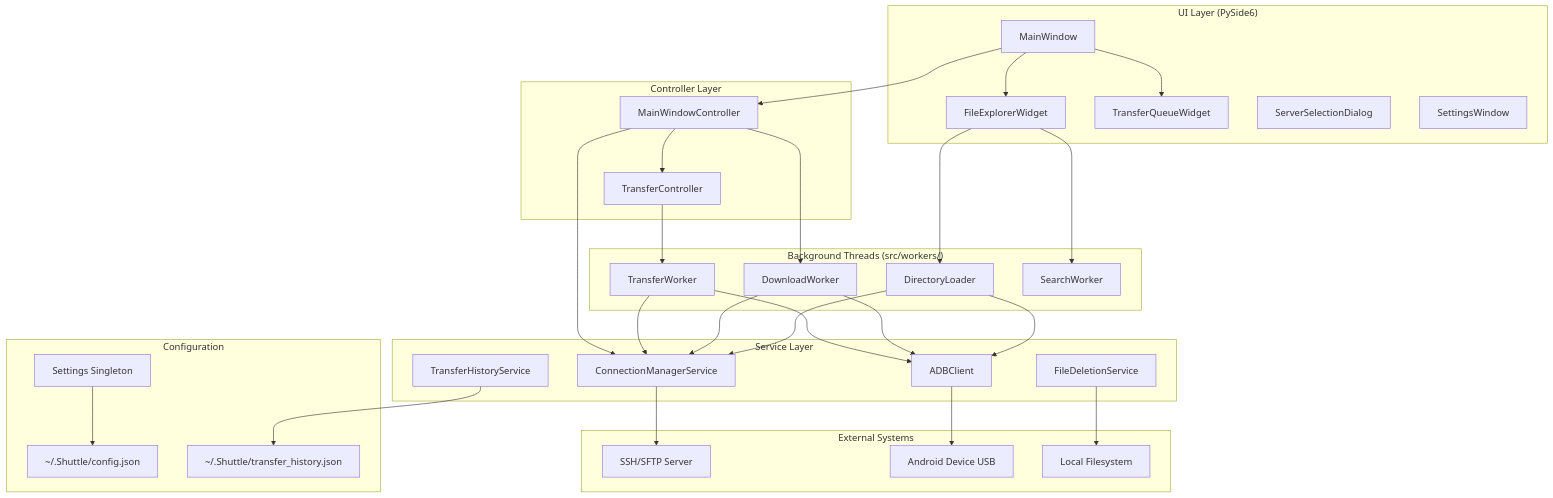
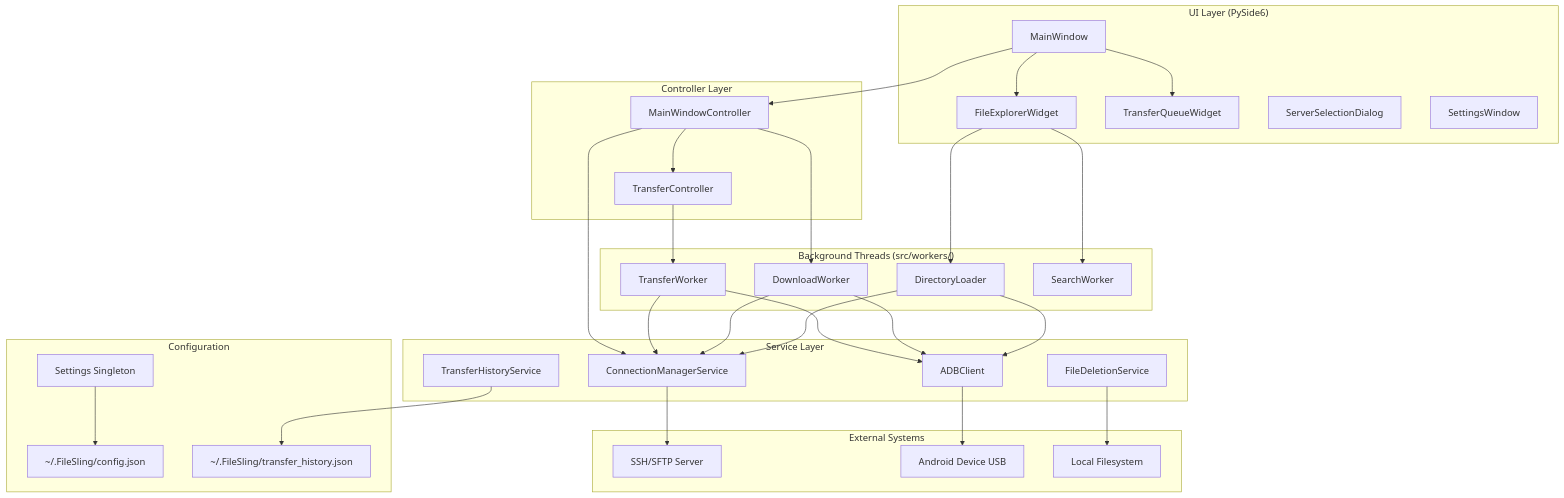
One commit to imlocle/filesling changed the first of 5 diagrams in docs/SYSTEM_DIAGRAM.md. Above: the diagram before and after it, drawn with Mermaid. The commit also changed 22 other files, not shown here.

````diff
--- a/docs/SYSTEM_DIAGRAM.md
+++ b/docs/SYSTEM_DIAGRAM.md
@@ -5,64 +5,64 @@
 ```mermaid
 graph TB
     subgraph UI["UI Layer (PySide6)"]
         MW[MainWindow]
         FE[FileExplorerWidget]
         TQ[TransferQueueWidget]
         SD[ServerSelectionDialog]
         SW[SettingsWindow]
     end
 
     subgraph Controllers["Controller Layer"]
         MWC[MainWindowController]
         MTC[TransferController]
     end
 
     subgraph Workers["Background Threads (src/workers/)"]
         TW[TransferWorker]
         DW[DownloadWorker]
         DL[DirectoryLoader]
         SR[SearchWorker]
     end
 
     subgraph Services["Service Layer"]
         CM[ConnectionManagerService]
         ADB[ADBClient]
         FDS[FileDeletionService]
         THS[TransferHistoryService]
     end
 
     subgraph External["External Systems"]
         SSH[SSH/SFTP Server]
         Android[Android Device USB]
         FS[Local Filesystem]
     end
 
     subgraph Config["Configuration"]
         Settings[Settings Singleton]
-        JSON["~/.Shuttle/config.json"]
-        History["~/.Shuttle/transfer_history.json"]
+        JSON["~/.FileSling/config.json"]
+        History["~/.FileSling/transfer_history.json"]
     end
 
     MW --> MWC
     MW --> FE
     MW --> TQ
     MWC --> MTC
     MWC --> CM
     MWC --> DW
     MTC --> TW
     FE --> DL
     FE --> SR
 
     CM --> SSH
     ADB --> Android
     FDS --> FS
     THS --> History
     Settings --> JSON
 
     TW --> CM
     TW --> ADB
     DW --> CM
     DW --> ADB
     DL --> CM
     DL --> ADB
 ```
````
